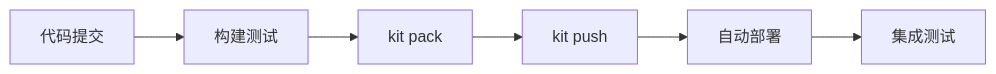
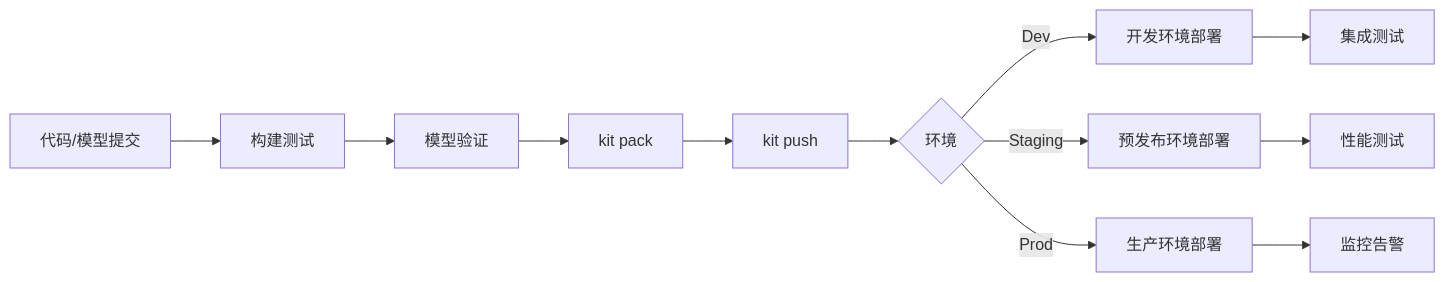
The diagram in docs/ai-ml/kitops/cicd-integration.md (tke-workshop/tke-workshop.github.io), drawn with Mermaid before and after one commit. The commit also changed other lines of this file and 5 other files, not shown here.

````diff
--- a/docs/ai-ml/kitops/cicd-integration.md
+++ b/docs/ai-ml/kitops/cicd-integration.md
@@ -19,8 +15,14 @@
 ```mermaid
 graph LR
-    Code[代码提交] --> Build[构建测试]
-    Build --> Pack[kit pack]
-    Pack --> Push[kit push]
-    Push --> Deploy[自动部署]
-    Deploy --> Test[集成测试]
+    A[代码/模型提交] --> B[构建测试]
+    B --> C[模型验证]
+    C --> D[kit pack]
+    D --> E[kit push]
+    E --> F{环境}
+    F -->|Dev| G[开发环境部署]
+    F -->|Staging| H[预发布环境部署]
+    F -->|Prod| I[生产环境部署]
+    G --> J[集成测试]
+    H --> K[性能测试]
+    I --> L[监控告警]
 ```
````
